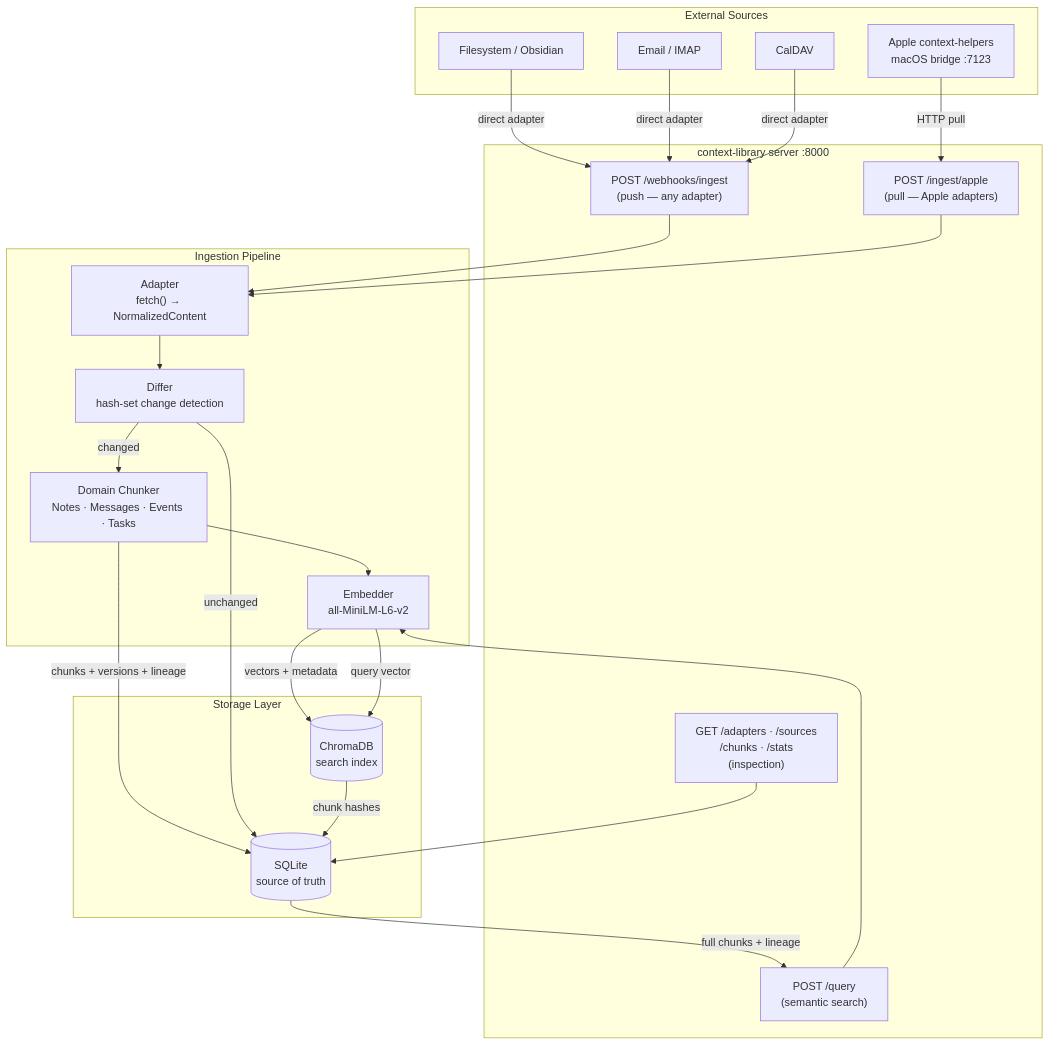
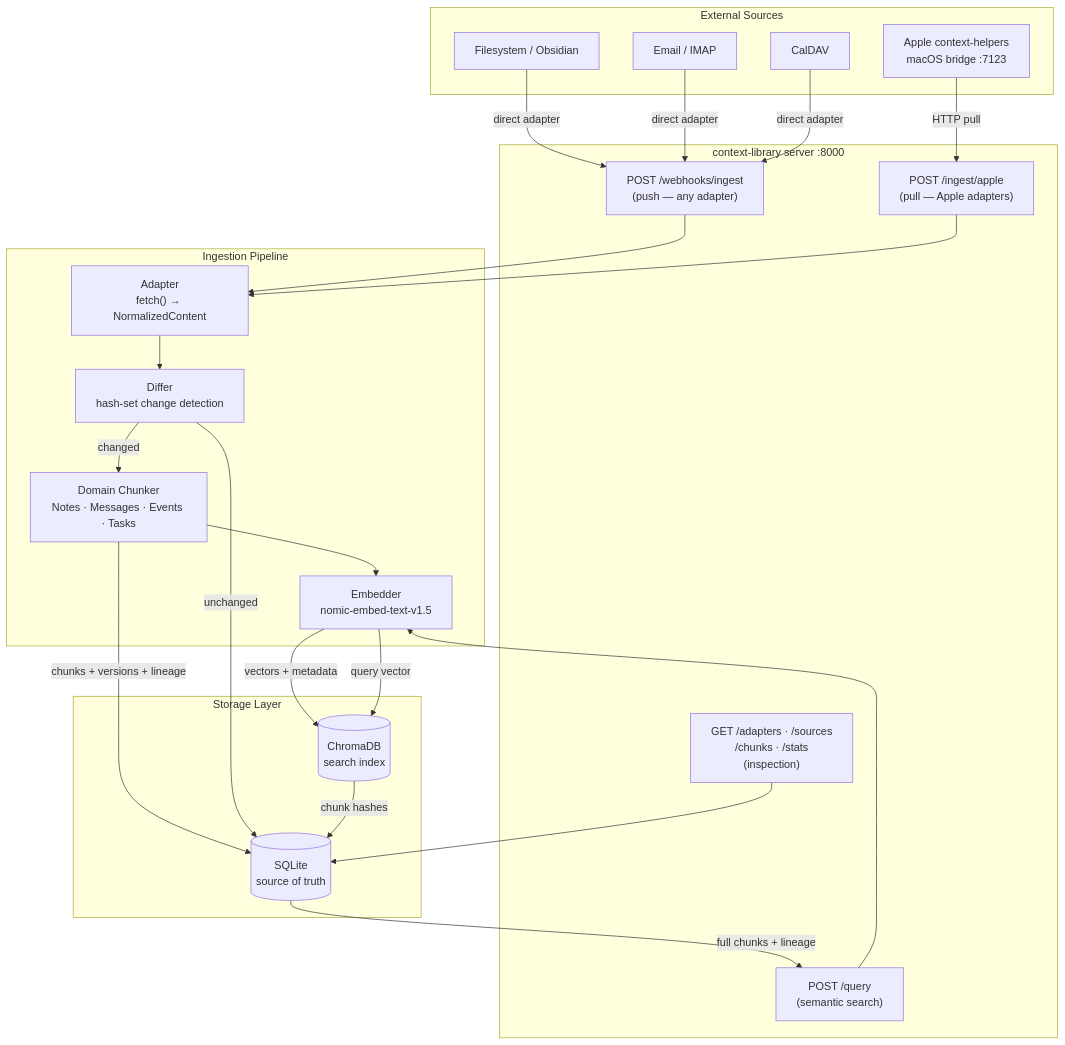
One commit to tinkermonkey/context-library changed the first of 10 diagrams in ARCHITECTURE.md. Above: the diagram before and after it, drawn with Mermaid. The commit also changed other lines of this file and 19 other files, not shown here.

First line of the commit message:
[Feature] [P2] Upgrade embedding model from all-MiniLM-L6-v2 (#576)

````diff
--- a/ARCHITECTURE.md
+++ b/ARCHITECTURE.md
@@ -9,43 +9,43 @@
 ```mermaid
 graph TB
     subgraph Sources["External Sources"]
         FS[Filesystem / Obsidian]
         EM[Email / IMAP]
         CD[CalDAV]
         AH[Apple context-helpers<br/>macOS bridge :7123]
     end
 
     subgraph Server["context-library server :8000"]
         WH["POST /webhooks/ingest<br/>(push — any adapter)"]
         AP["POST /ingest/apple<br/>(pull — Apple adapters)"]
         QY["POST /query<br/>(semantic search)"]
         IN["GET /adapters · /sources<br/>/chunks · /stats<br/>(inspection)"]
     end
 
     subgraph Pipeline["Ingestion Pipeline"]
         ADP["Adapter<br/>fetch() → NormalizedContent"]
         DIF["Differ<br/>hash-set change detection"]
         DOM["Domain Chunker<br/>Notes · Messages · Events · Tasks"]
-        EMB["Embedder<br/>all-MiniLM-L6-v2"]
+        EMB["Embedder<br/>nomic-embed-text-v1.5"]
     end
 
     subgraph Storage["Storage Layer"]
         SQL[(SQLite<br/>source of truth)]
         CHR[(ChromaDB<br/>search index)]
     end
 
     FS & EM & CD -->|direct adapter| WH
     AH -->|HTTP pull| AP
     WH & AP --> ADP
     ADP --> DIF
     DIF -->|changed| DOM
     DOM --> EMB
     DOM -->|chunks + versions + lineage| SQL
     EMB -->|vectors + metadata| CHR
     DIF -->|unchanged| SQL
     QY --> EMB
     EMB -->|query vector| CHR
     CHR -->|chunk hashes| SQL
     SQL -->|full chunks + lineage| QY
     IN --> SQL
 ```
````
